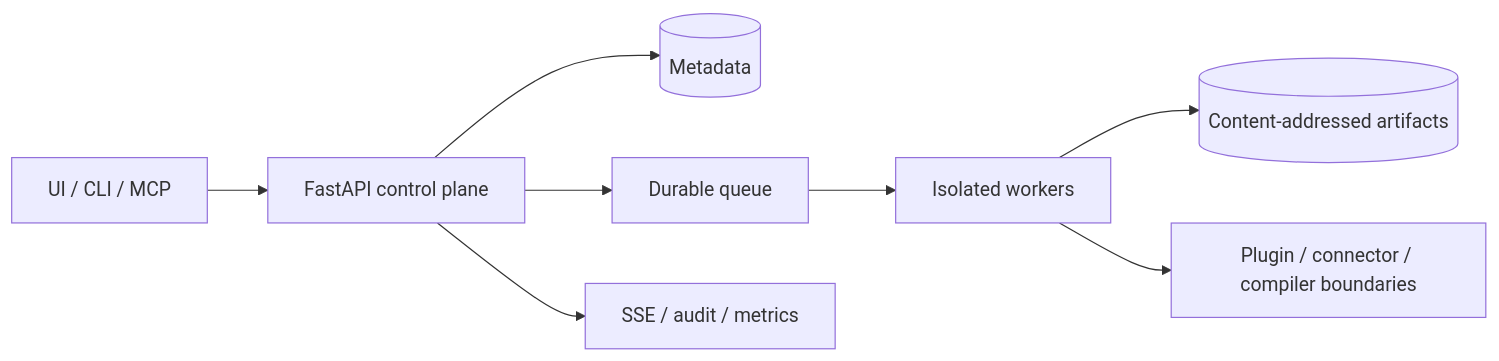
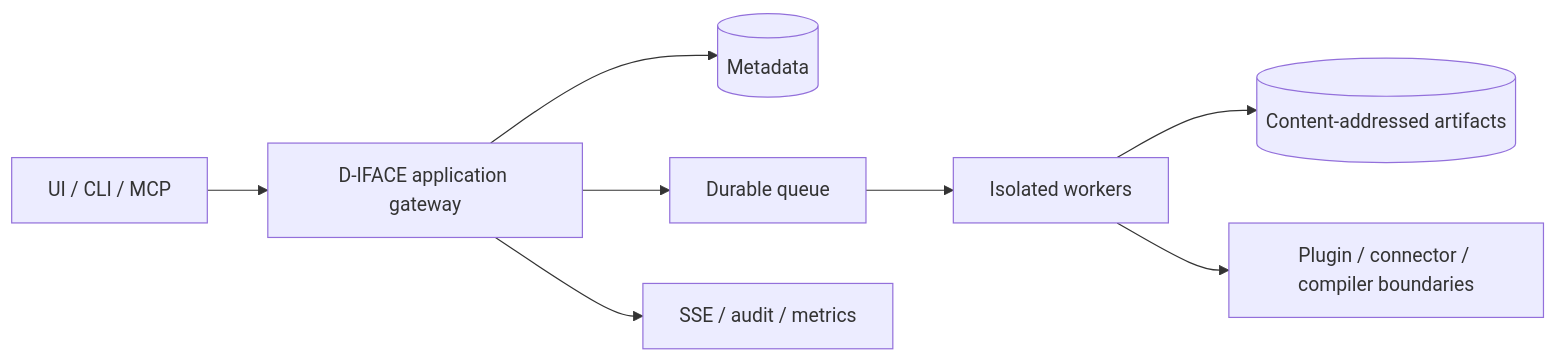
Before and after one commit to haruperi/HaruQuantAI: the third of 3 diagrams in docs/PROJECT.md, drawn with Mermaid. The commit also changed other lines of this file and 133 other files, not shown here.

````diff
--- a/docs/PROJECT.md
+++ b/docs/PROJECT.md
@@ -368,10 +360,10 @@
 ```mermaid
 flowchart LR
-    U[UI / CLI / MCP] --> API[FastAPI control plane]
-    API --> META[(Metadata)]
-    API --> Q[Durable queue]
+    U[UI / CLI / MCP] --> IFACE[D-IFACE application gateway]
+    IFACE --> META[(Metadata)]
+    IFACE --> Q[Durable queue]
     Q --> W[Isolated workers]
     W --> ART[(Content-addressed artifacts)]
     W --> EXT[Plugin / connector / compiler boundaries]
-    API --> EVT[SSE / audit / metrics]
+    IFACE --> EVT[SSE / audit / metrics]
 ```
````
